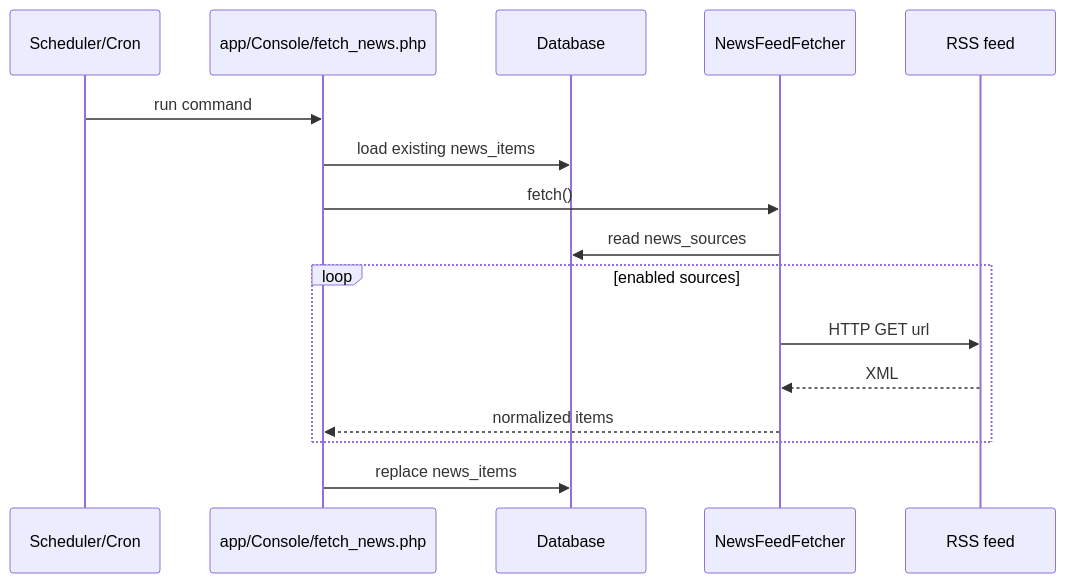
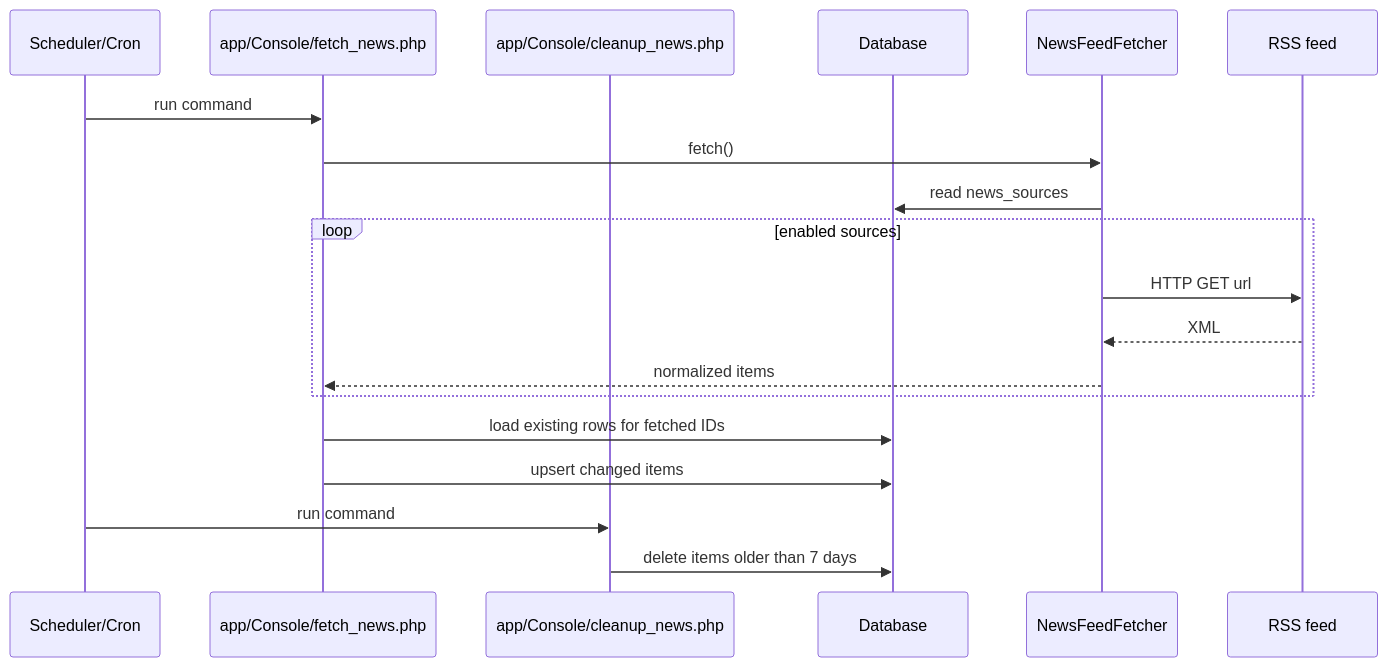
One commit to ricardovlapa/enquadramento changed the diagram in docs/feed-flow.md. Above: the diagram before and after it, drawn with Mermaid. The commit also changed other lines of this file and 5 other files, not shown here.

Commit message:
feat(Fetch News refactor): Create a single job for fetch news and other to cleanup records older than 7 days

````diff
--- a/docs/feed-flow.md
+++ b/docs/feed-flow.md
@@ -15,19 +15,23 @@
 ```mermaid
 sequenceDiagram
   participant Cron as Scheduler/Cron
   participant Fetch as app/Console/fetch_news.php
+  participant Clean as app/Console/cleanup_news.php
   participant DB as Database
   participant Fetcher as NewsFeedFetcher
   participant RSS as RSS feed
 
   Cron->>Fetch: run command
-  Fetch->>DB: load existing news_items
   Fetch->>Fetcher: fetch()
   Fetcher->>DB: read news_sources
   loop enabled sources
     Fetcher->>RSS: HTTP GET url
     RSS-->>Fetcher: XML
     Fetcher-->>Fetch: normalized items
   end
-  Fetch->>DB: replace news_items
+  Fetch->>DB: load existing rows for fetched IDs
+  Fetch->>DB: upsert changed items
+
+  Cron->>Clean: run command
+  Clean->>DB: delete items older than 7 days
 ```
````
